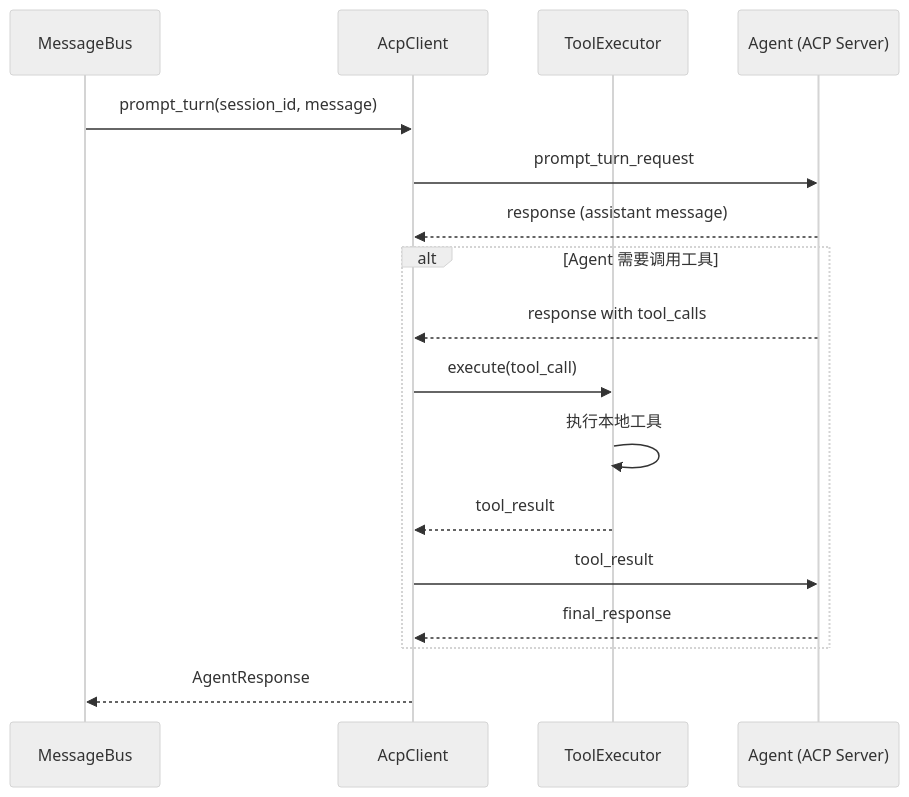
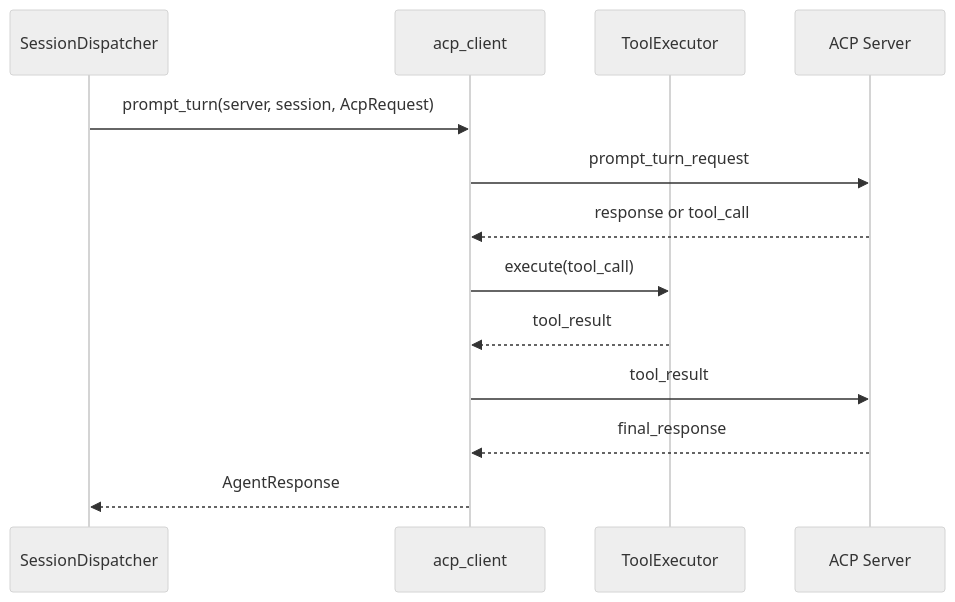
Before and after one commit to zhuxining/MindClaw: the second of 2 diagrams in docs/architecture/30-acp-client.md, drawn with Mermaid (neutral theme). The commit also changed other lines of this file and 17 other files, not shown here.

First line of the commit message:
feat: add event bus for runtime events and message processing

````diff
--- a/docs/architecture/30-acp-client.md
+++ b/docs/architecture/30-acp-client.md
@@ -105,22 +71,16 @@
 ```mermaid
 sequenceDiagram
-    participant MB as MessageBus
-    participant AC as AcpClient
+    participant SD as SessionDispatcher
+    participant AC as acp_client
     participant TE as ToolExecutor
-    participant AG as Agent (ACP Server)
+    participant AS as ACP Server
 
-    MB->>AC: prompt_turn(session_id, message)
-    AC->>AG: prompt_turn_request
-    AG-->>AC: response (assistant message)
-
-    alt Agent 需要调用工具
-        AG-->>AC: response with tool_calls
-        AC->>TE: execute(tool_call)
-        TE->>TE: 执行本地工具
-        TE-->>AC: tool_result
-        AC->>AG: tool_result
-        AG-->>AC: final_response
-    end
-
-    AC-->>MB: AgentResponse
+    SD->>AC: prompt_turn(server, session, AcpRequest)
+    AC->>AS: prompt_turn_request
+    AS-->>AC: response or tool_call
+    AC->>TE: execute(tool_call)
+    TE-->>AC: tool_result
+    AC->>AS: tool_result
+    AS-->>AC: final_response
+    AC-->>SD: AgentResponse
 ```
````
